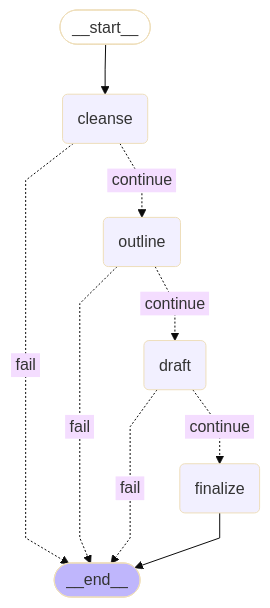
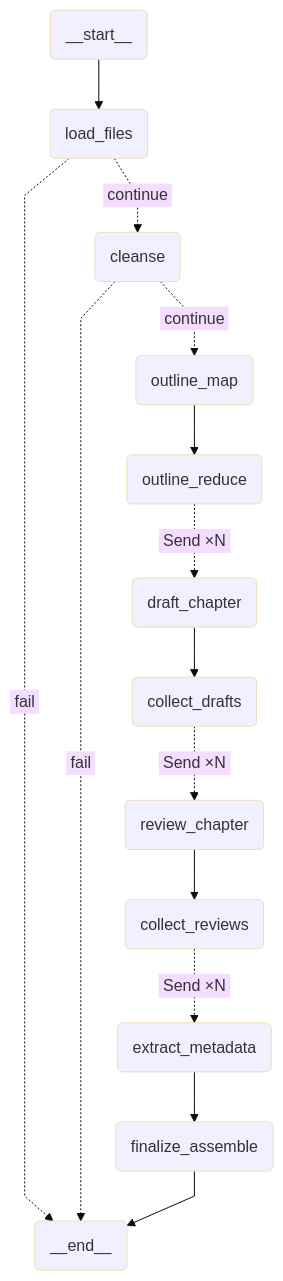
The diagram in backend/scripts/.generated_workflow_diagrams/digest_docgen.md (aiteachme/AITeachMe), drawn with Mermaid (base theme) before and after one commit. The commit also changed other lines of this file and 4 other files, not shown here.

Commit message:
fix: 优化导出图

````diff
--- a/backend/scripts/.generated_workflow_diagrams/digest_docgen.md
+++ b/backend/scripts/.generated_workflow_diagrams/digest_docgen.md
@@ -5,25 +5,36 @@
 ```mermaid
 ---
 config:
   flowchart:
     curve: linear
 ---
 graph TD;
-	__start__([<p>__start__</p>]):::first
+	__start__(<p>__start__</p>)
+	load_files(load_files)
 	cleanse(cleanse)
-	outline(outline)
-	draft(draft)
-	finalize(finalize)
-	__end__([<p>__end__</p>]):::last
-	__start__ --> cleanse;
+	outline_map(outline_map)
+	outline_reduce(outline_reduce)
+	draft_chapter(draft_chapter)
+	collect_drafts(collect_drafts)
+	review_chapter(review_chapter)
+	collect_reviews(collect_reviews)
+	extract_metadata(extract_metadata)
+	finalize_assemble(finalize_assemble)
+	__end__(<p>__end__</p>)
+	__start__ --> load_files;
 	cleanse -. &nbsp;fail&nbsp; .-> __end__;
-	cleanse -. &nbsp;continue&nbsp; .-> outline;
-	draft -. &nbsp;fail&nbsp; .-> __end__;
-	draft -. &nbsp;continue&nbsp; .-> finalize;
-	outline -. &nbsp;fail&nbsp; .-> __end__;
-	outline -. &nbsp;continue&nbsp; .-> draft;
-	finalize --> __end__;
+	cleanse -. &nbsp;continue&nbsp; .-> outline_map;
+	load_files -. &nbsp;fail&nbsp; .-> __end__;
+	load_files -. &nbsp;continue&nbsp; .-> cleanse;
+	outline_map --> outline_reduce;
+	outline_reduce -. &nbsp;Send&nbsp;×N&nbsp; .-> draft_chapter;
+	draft_chapter --> collect_drafts;
+	collect_drafts -. &nbsp;Send&nbsp;×N&nbsp; .-> review_chapter;
+	review_chapter --> collect_reviews;
+	collect_reviews -. &nbsp;Send&nbsp;×N&nbsp; .-> extract_metadata;
+	extract_metadata --> finalize_assemble;
+	finalize_assemble --> __end__;
 	classDef default fill:#f2f0ff,line-height:1.2
 	classDef first fill-opacity:0
 	classDef last fill:#bfb6fc
 ```
````
